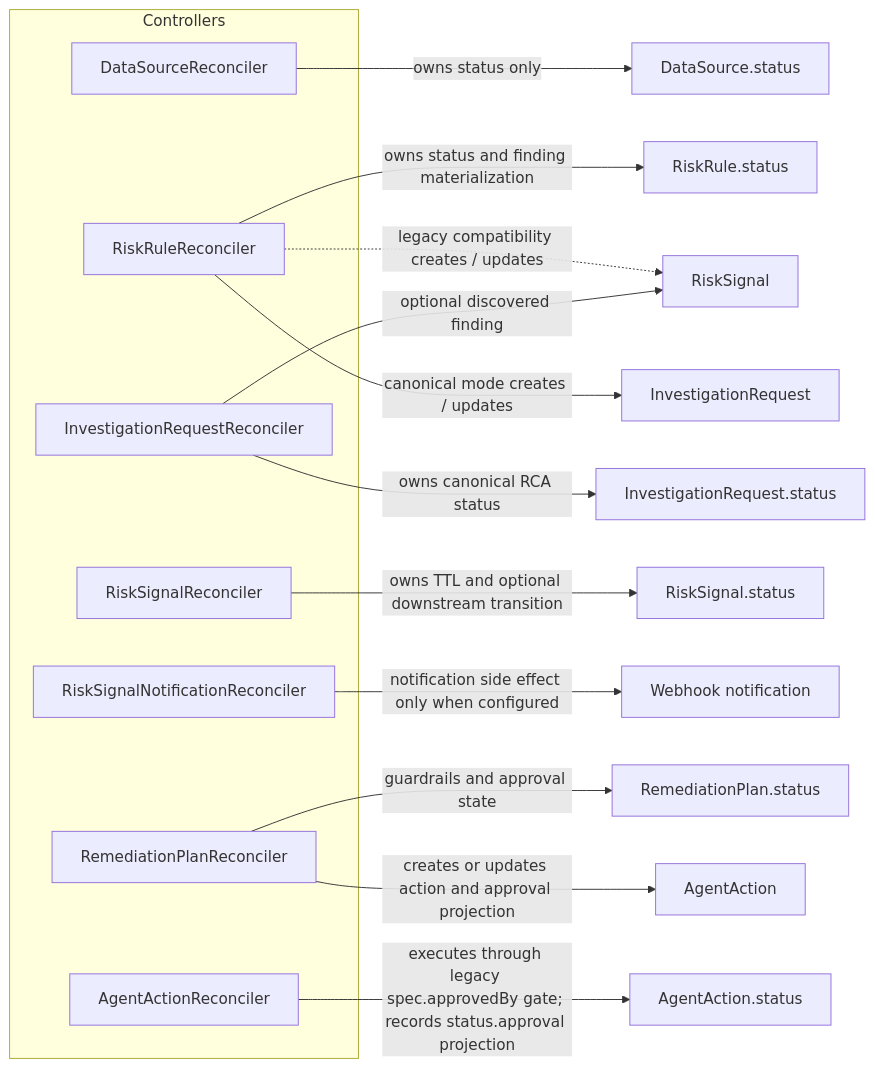
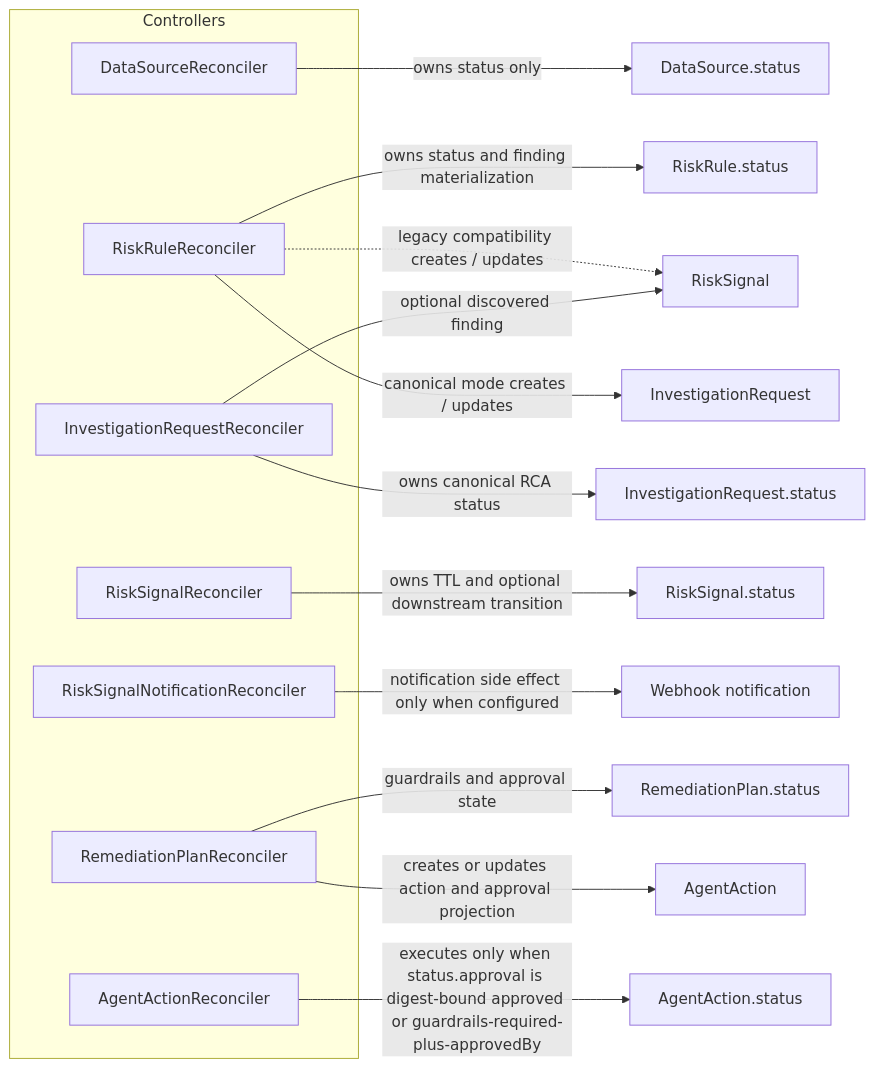
Before and after one commit to FluxSeer/fluxseer-rca: the fifth of 18 diagrams in docs/architecture/mermaid-diagrams.md, drawn with Mermaid. The commit also changed other lines of this file and 5 other files, not shown here.

````diff
--- a/docs/architecture/mermaid-diagrams.md
+++ b/docs/architecture/mermaid-diagrams.md
@@ -400,24 +400,24 @@
 ```mermaid
 flowchart LR
     subgraph Controllers
         DSRec[DataSourceReconciler]
         RRRec[RiskRuleReconciler]
         IRRec[InvestigationRequestReconciler]
         RSRec[RiskSignalReconciler]
         NotifyRec[RiskSignalNotificationReconciler]
         RPRec[RemediationPlanReconciler]
         AARec[AgentActionReconciler]
     end
 
     DSRec -->|owns status only| DSStatus[DataSource.status]
     RRRec -->|owns status and finding materialization| RRStatus[RiskRule.status]
     RRRec -.legacy compatibility creates / updates.-> RS[RiskSignal]
     RRRec -->|canonical mode creates / updates| IR[InvestigationRequest]
     IRRec -->|owns canonical RCA status| IRStatus[InvestigationRequest.status]
     IRRec -->|optional discovered finding| RS
     RSRec -->|owns TTL and optional downstream transition| RSStatus[RiskSignal.status]
     NotifyRec -->|notification side effect only when configured| Notify[Webhook notification]
     RPRec -->|guardrails and approval state| RPStatus[RemediationPlan.status]
     RPRec -->|creates or updates action and approval projection| AA[AgentAction]
-    AARec -->|executes through legacy spec.approvedBy gate; records status.approval projection| AAStatus[AgentAction.status]
+    AARec -->|executes only when status.approval is digest-bound approved or guardrails-required-plus-approvedBy| AAStatus[AgentAction.status]
 ```
````
